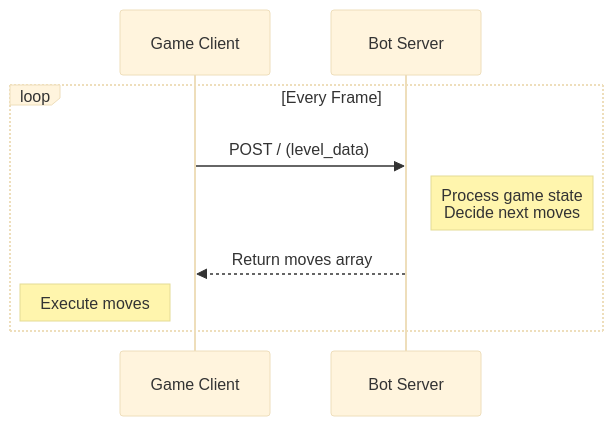
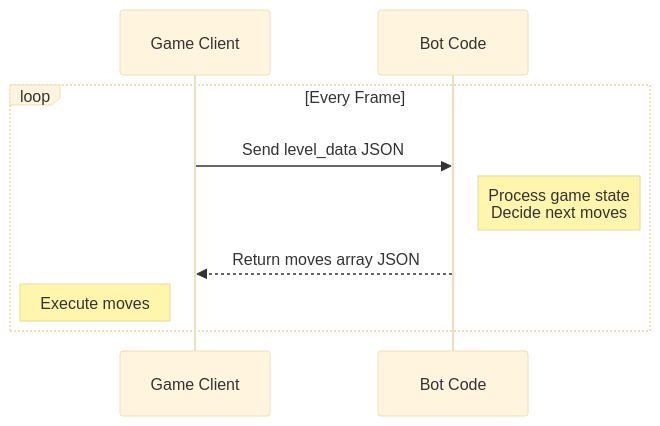
One commit to Botomy/Botomy changed the diagram in botomy-wiki/docs/gameplay/how-to-play.md. Above: the diagram before and after it, drawn with Mermaid (base theme). The commit also changed 2 other files, not shown here.

Commit message:
Add in game editor info

````diff
--- a/botomy-wiki/docs/gameplay/how-to-play.md
+++ b/botomy-wiki/docs/gameplay/how-to-play.md
@@ -11,12 +11,12 @@
 ```mermaid
 sequenceDiagram
     participant Game Client
-    participant Bot Server
+    participant Bot Code
 
     loop Every Frame
-        Game Client->>Bot Server: POST / (level_data)
-        Note right of Bot Server: Process game state<br/>Decide next moves
-        Bot Server-->>Game Client: Return moves array
+        Game Client->>Bot Code: Send level_data JSON
+        Note right of Bot Code: Process game state<br/>Decide next moves
+        Bot Code-->>Game Client: Return moves array JSON
         Note left of Game Client: Execute moves
     end
 ```
````
